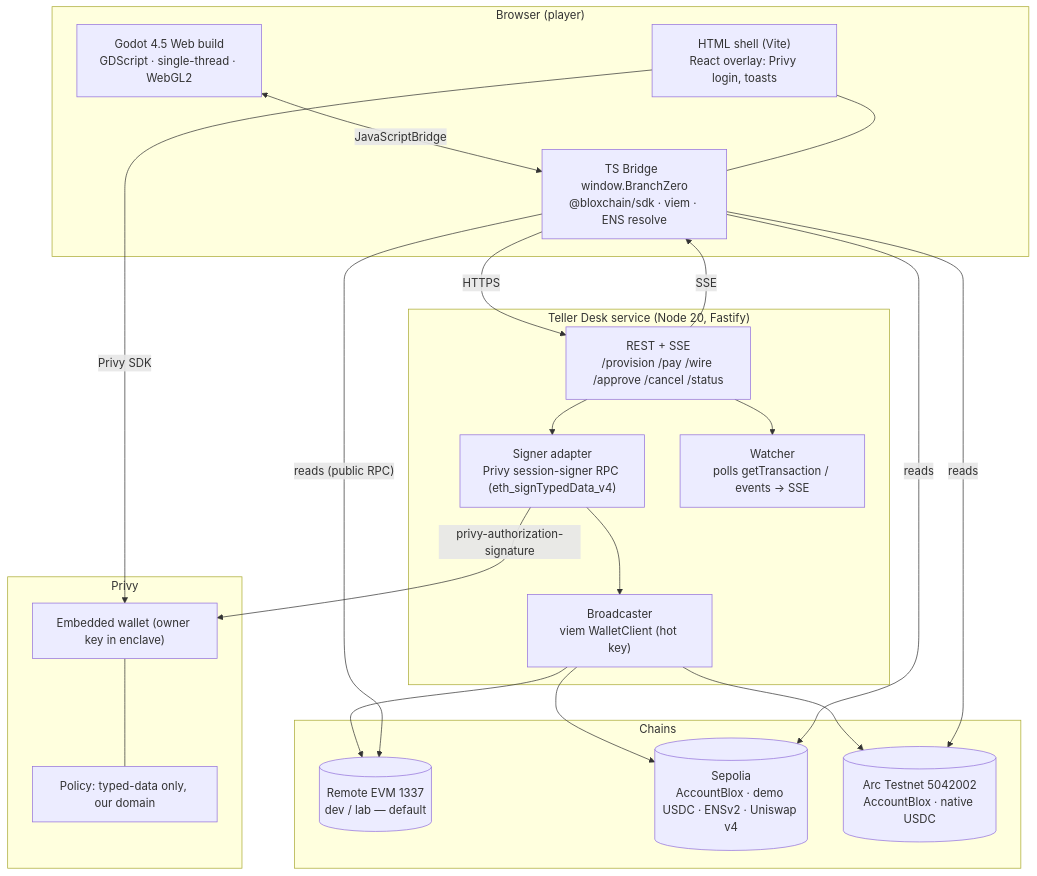
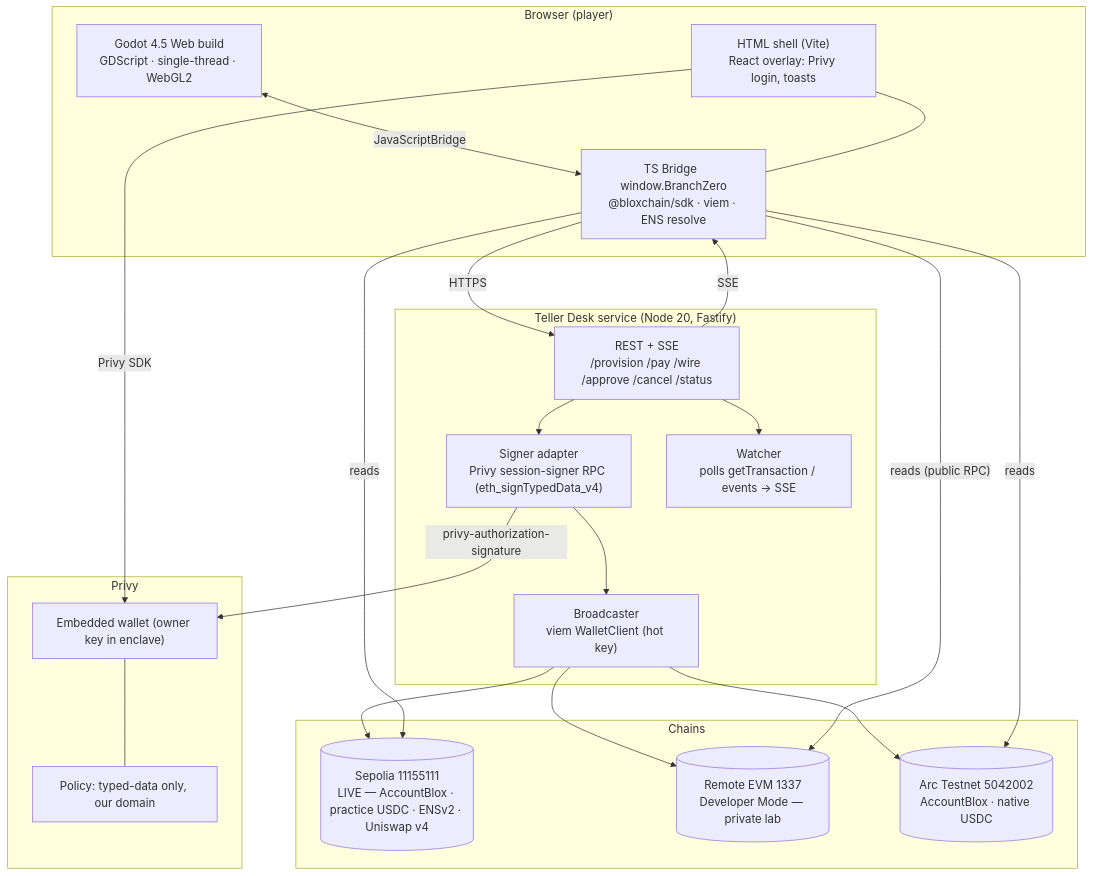
The first of 5 diagrams in docs/ARCHITECTURE.md (JaCoderX/Branch-Zero), drawn with Mermaid before and after one commit. The commit also changed other lines of this file and 40 other files, not shown here.

````diff
--- a/docs/ARCHITECTURE.md
+++ b/docs/ARCHITECTURE.md
@@ -11,42 +11,42 @@
 ```mermaid
 flowchart TB
   subgraph Browser["Browser (player)"]
     G["Godot 4.5 Web build<br/>GDScript · single-thread · WebGL2"]
     S["HTML shell (Vite)<br/>React overlay: Privy login, toasts"]
     B["TS Bridge  window.BranchZero<br/>@bloxchain/sdk · viem · ENS resolve"]
     G <-- "JavaScriptBridge" --> B
     S --- B
   end
 
   subgraph Server["Teller Desk service (Node 20, Fastify)"]
     API["REST + SSE<br/>/provision /pay /wire /approve /cancel /status"]
     SIG["Signer adapter<br/>Privy session-signer RPC (eth_signTypedData_v4)"]
     BC["Broadcaster<br/>viem WalletClient (hot key)"]
     IDX["Watcher<br/>polls getTransaction / events → SSE"]
     API --> SIG --> BC
     API --> IDX
   end
 
   subgraph Privy["Privy"]
     PW["Embedded wallet (owner key in enclave)"]
     POL["Policy: typed-data only, our domain"]
   end
 
   subgraph Chains["Chains"]
-    DEV[("Remote EVM 1337<br/>dev / lab — default")]
-    SEP[("Sepolia<br/>AccountBlox · demo USDC · ENSv2 · Uniswap v4")]
+    SEP[("Sepolia 11155111<br/>LIVE — AccountBlox · practice USDC · ENSv2 · Uniswap v4")]
+    DEV[("Remote EVM 1337<br/>Developer Mode — private lab")]
     ARC[("Arc Testnet 5042002<br/>AccountBlox · native USDC")]
   end
 
   B -- "HTTPS" --> API
   API -- "SSE" --> B
   S -- "Privy SDK" --> PW
   SIG -- "privy-authorization-signature" --> PW
   PW --- POL
   BC --> DEV
   BC --> SEP
   BC --> ARC
   B -- "reads (public RPC)" --> DEV
   B -- "reads" --> SEP
   B -- "reads" --> ARC
 ```
````
